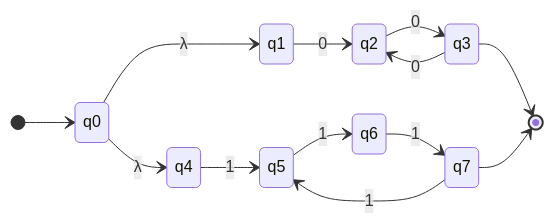
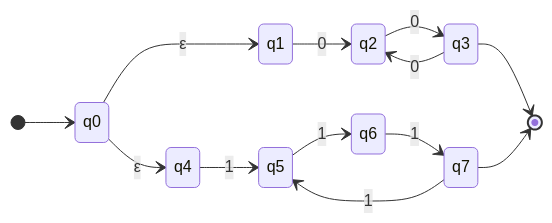
Before and after one commit to lelongc/rac: diagram 11 of 12 in iuh/môn/hk1-4/automat/3-4/ly_thuyet_nfa.md, drawn with Mermaid. The commit also changed other lines of this file and 7 other files, not shown here.

````diff
--- a/iuh/môn/hk1-4/automat/3-4/ly_thuyet_nfa.md
+++ b/iuh/môn/hk1-4/automat/3-4/ly_thuyet_nfa.md
@@ -477,19 +477,19 @@
 ```mermaid
 stateDiagram-v2
     direction LR
     [*] --> q0
-    q0 --> q1: λ
-    q0 --> q4: λ
+    q0 --> q1: ε
+    q0 --> q4: ε
     
     q1 --> q2: 0
     q2 --> q3: 0
     q3 --> q2: 0
     
     q4 --> q5: 1
     q5 --> q6: 1
     q6 --> q7: 1
     q7 --> q5: 1
     
     q3 --> [*]
     q7 --> [*]
 ```
````
